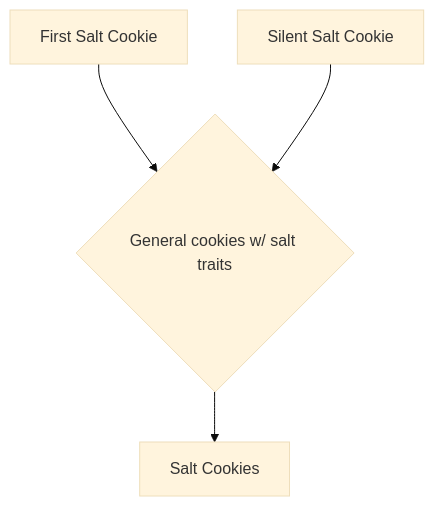
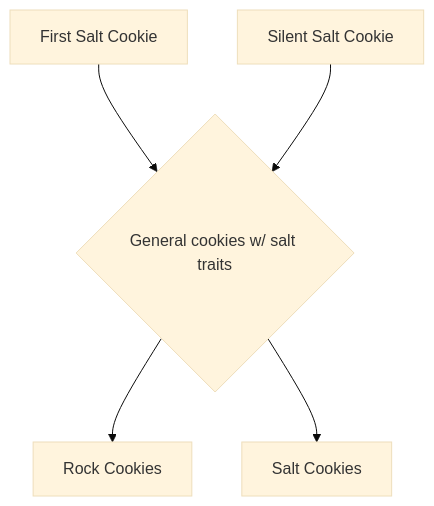
The seventh of 10 diagrams in src/site/notes/Cookies.md (callinj-41/cookie-run-spice-cake-au), drawn with Mermaid (base theme) before and after one commit. The commit also changed other lines of this file, not shown here.

Commit message:
Update content src/site/notes/Cookies.md

````diff
--- a/src/site/notes/Cookies.md
+++ b/src/site/notes/Cookies.md
@@ -155,6 +158,7 @@
 ```mermaid
 graph TD;
 A[First Salt Cookie]-->D{General cookies w/ salt traits}
 B[Silent Salt Cookie]-->D
+D-->F[Rock Cookies]
 D-->C[Salt Cookies]
 ```
````
